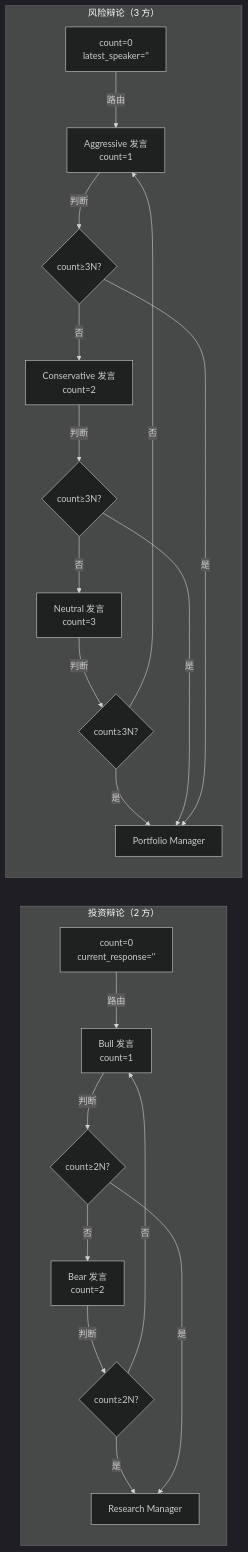
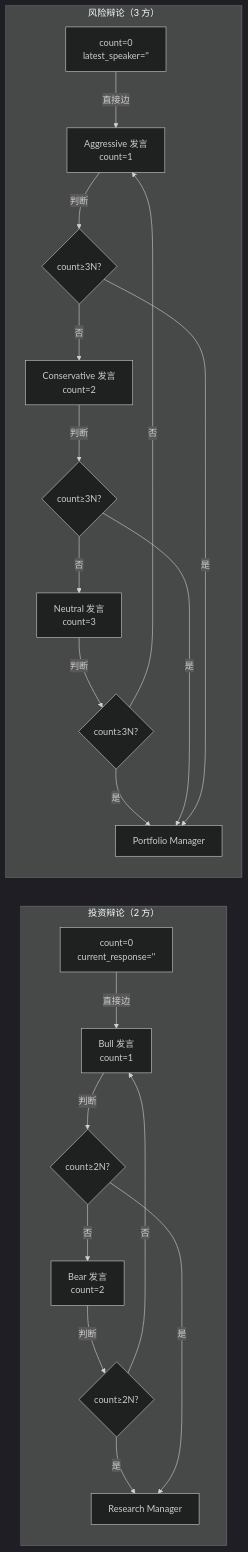
One commit to A1pha3/TradingAgents changed the first of 4 diagrams in docs/cn/04-graph-and-agents/debate-mechanism.md. Above: the diagram before and after it, drawn with Mermaid (dark theme). The commit also changed other lines of this file and 18 other files, not shown here.

````diff
--- a/docs/cn/04-graph-and-agents/debate-mechanism.md
+++ b/docs/cn/04-graph-and-agents/debate-mechanism.md
@@ -30,27 +30,27 @@
 ```mermaid
 flowchart LR
     subgraph ID["投资辩论（2 方）"]
         direction TB
-        I0["count=0<br/>current_response=''"] -->|路由| IBULL["Bull 发言<br/>count=1"]
+        I0["count=0<br/>current_response=''"] -->|直接边| IBULL["Bull 发言<br/>count=1"]
         IBULL -->|判断| ICHK1{"count≥2N?"}
         ICHK1 -->|否| IBEAR["Bear 发言<br/>count=2"]
         IBEAR -->|判断| ICHK2{"count≥2N?"}
         ICHK2 -->|否| IBULL
         ICHK2 -->|是| IRM["Research Manager"]
         ICHK1 -->|是| IRM
     end
 
     subgraph RD["风险辩论（3 方）"]
         direction TB
-        R0["count=0<br/>latest_speaker=''"] -->|路由| RAGG["Aggressive 发言<br/>count=1"]
+        R0["count=0<br/>latest_speaker=''"] -->|直接边| RAGG["Aggressive 发言<br/>count=1"]
         RAGG -->|判断| RCHK1{"count≥3N?"}
         RCHK1 -->|否| RCON["Conservative 发言<br/>count=2"]
         RCON -->|判断| RCHK2{"count≥3N?"}
         RCHK2 -->|否| RNEU["Neutral 发言<br/>count=3"]
         RNEU -->|判断| RCHK3{"count≥3N?"}
         RCHK3 -->|否| RAGG
         RCHK3 -->|是| RPM["Portfolio Manager"]
         RCHK2 -->|是| RPM
         RCHK1 -->|是| RPM
     end
 ```
````
